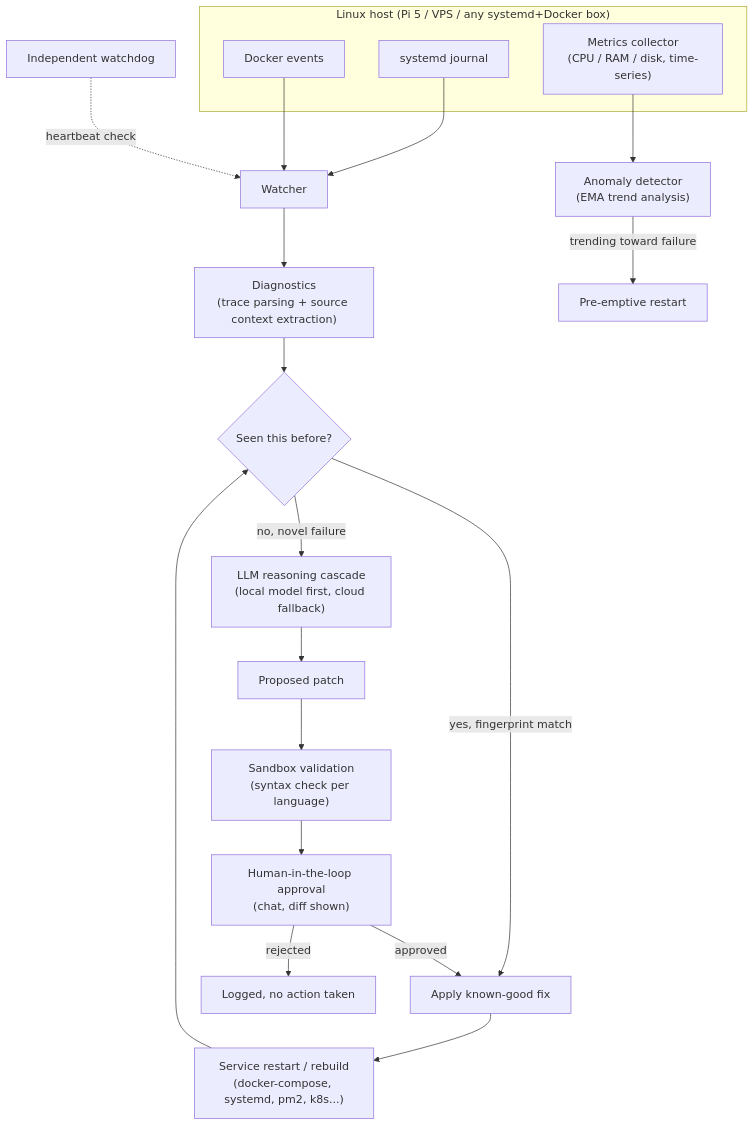
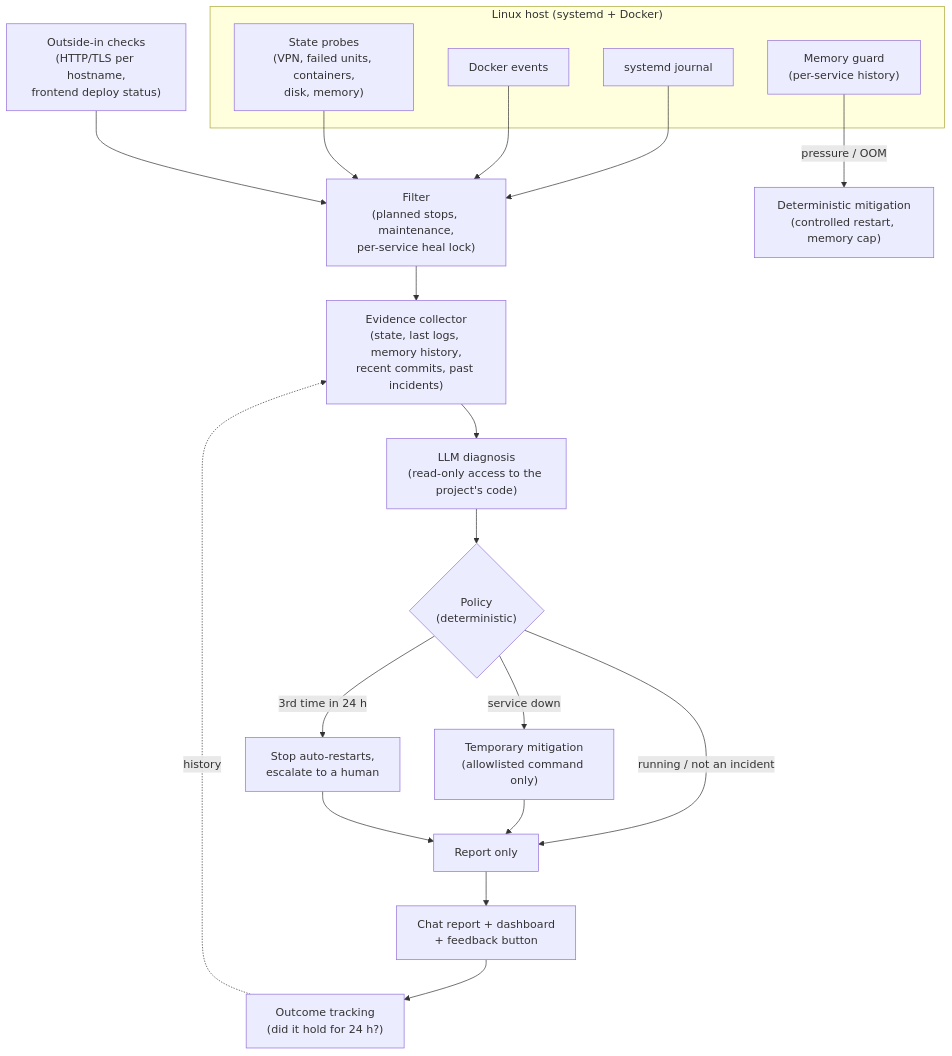
One commit to kapucuonur/sre-daemon-demo changed the diagram in README.md. Above: the diagram before and after it, drawn with Mermaid. The commit also changed other lines of this file, not shown here.

Commit message:
Update architecture write-up: diagnose-first healing, state and outside-in checks, memory guard, lessons learned

````diff
--- a/README.md
+++ b/README.md
@@ -27,30 +29,30 @@
 ```mermaid
 flowchart TD
-    subgraph Host["Linux host (Pi 5 / VPS / any systemd+Docker box)"]
+    subgraph Host["Linux host (systemd + Docker)"]
         J["systemd journal"]
         D["Docker events"]
-        M["Metrics collector\n(CPU / RAM / disk, time-series)"]
+        S["State probes\n(VPN, failed units, containers,\ndisk, memory)"]
+        M["Memory guard\n(per-service history)"]
     end
+    U["Outside-in checks\n(HTTP/TLS per hostname,\nfrontend deploy status)"]
 
-    J --> W["Watcher"]
-    D --> W
-    M --> A["Anomaly detector\n(EMA trend analysis)"]
+    J --> F["Filter\n(planned stops, maintenance,\nper-service heal lock)"]
+    D --> F
+    S --> F
+    U --> F
+    M -->|"pressure / OOM"| MIT["Deterministic mitigation\n(controlled restart, memory cap)"]
 
-    W --> DIAG["Diagnostics\n(trace parsing + source context extraction)"]
-    A -->|"trending toward failure"| PRE["Pre-emptive restart"]
+    F --> EV["Evidence collector\n(state, last logs, memory history,\nrecent commits, past incidents)"]
+    EV --> LLM["LLM diagnosis\n(read-only access to the project's code)"]
+    LLM --> POL{"Policy\n(deterministic)"}
 
-    DIAG --> REG{"Seen this before?"}
-    REG -->|"yes, fingerprint match"| HEAL["Apply known-good fix"]
-    REG -->|"no, novel failure"| LLM["LLM reasoning cascade\n(local model first, cloud fallback)"]
+    POL -->|"service down"| MIT2["Temporary mitigation\n(allowlisted command only)"]
+    POL -->|"running / not an incident"| REP["Report only"]
+    POL -->|"3rd time in 24 h"| ESC["Stop auto-restarts,\nescalate to a human"]
 
-    LLM --> PATCH["Proposed patch"]
-    PATCH --> SANDBOX["Sandbox validation\n(syntax check per language)"]
-    SANDBOX --> HITL["Human-in-the-loop approval\n(chat, diff shown)"]
-    HITL -->|"approved"| HEAL
-    HITL -->|"rejected"| LOG["Logged, no action taken"]
-
-    HEAL --> REBUILD["Service restart / rebuild\n(docker-compose, systemd, pm2, k8s...)"]
-    REBUILD --> REG
-
-    WATCHDOG["Independent watchdog"] -.->|"heartbeat check"| W
+    MIT2 --> REP
+    ESC --> REP
+    REP --> OUT["Chat report + dashboard\n+ feedback button"]
+    OUT --> OC["Outcome tracking\n(did it hold for 24 h?)"]
+    OC -.->|"history"| EV
 ```
````
